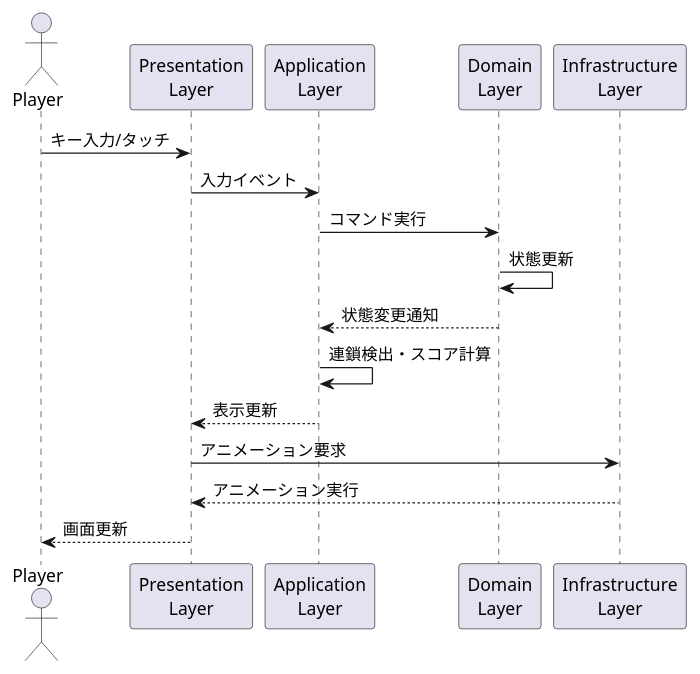
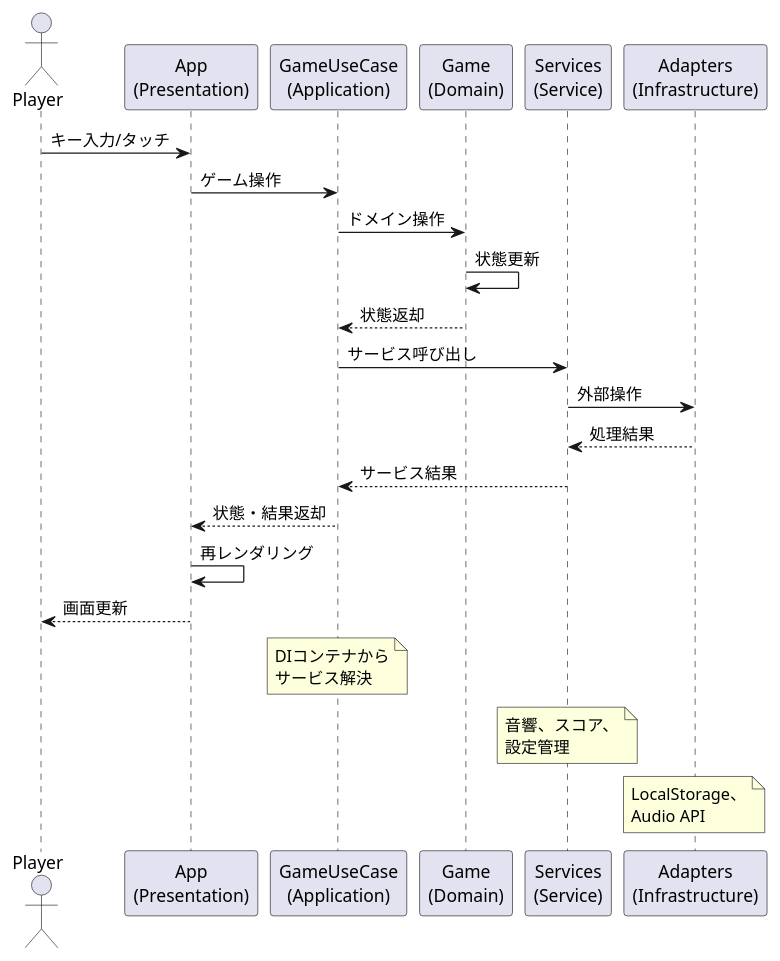
Before and after one commit to k2works/case-study-game-dev: the second of 2 diagrams in docs/design/アーキテクチャ.md, drawn with PlantUML. The commit also changed other lines of this file and 2 other files, not shown here.

````diff
--- a/docs/design/アーキテクチャ.md
+++ b/docs/design/アーキテクチャ.md
@@ -165,21 +190,28 @@
 ```plantuml
 @startuml "データフロー図"
 actor Player
-participant "Presentation\nLayer" as P
-participant "Application\nLayer" as A
-participant "Domain\nLayer" as D
-participant "Infrastructure\nLayer" as I
+participant "App\n(Presentation)" as P
+participant "GameUseCase\n(Application)" as A
+participant "Game\n(Domain)" as D
+participant "Services\n(Service)" as S
+participant "Adapters\n(Infrastructure)" as I
 
 Player -> P: キー入力/タッチ
-P -> A: 入力イベント
-A -> D: コマンド実行
+P -> A: ゲーム操作
+A -> D: ドメイン操作
 D -> D: 状態更新
-D --> A: 状態変更通知
-A -> A: 連鎖検出・スコア計算
-A --> P: 表示更新
-P -> I: アニメーション要求
-I --> P: アニメーション実行
+D --> A: 状態返却
+A -> S: サービス呼び出し
+S -> I: 外部操作
+I --> S: 処理結果
+S --> A: サービス結果
+A --> P: 状態・結果返却
+P -> P: 再レンダリング
 P --> Player: 画面更新
+
+note over A: DIコンテナから\nサービス解決
+note over S: 音響、スコア、\n設定管理
+note over I: LocalStorage、\nAudio API
 
 @enduml
 ```
````
